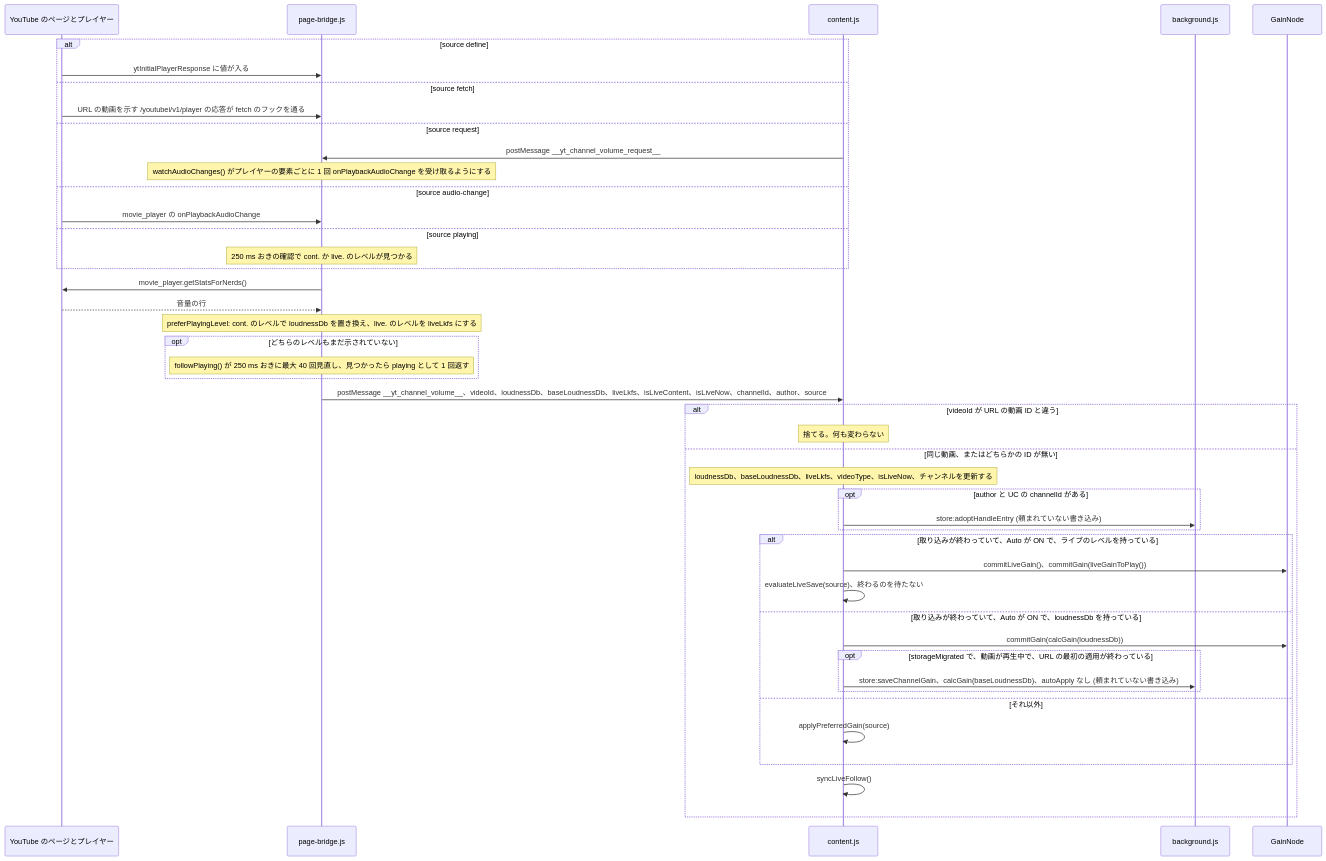
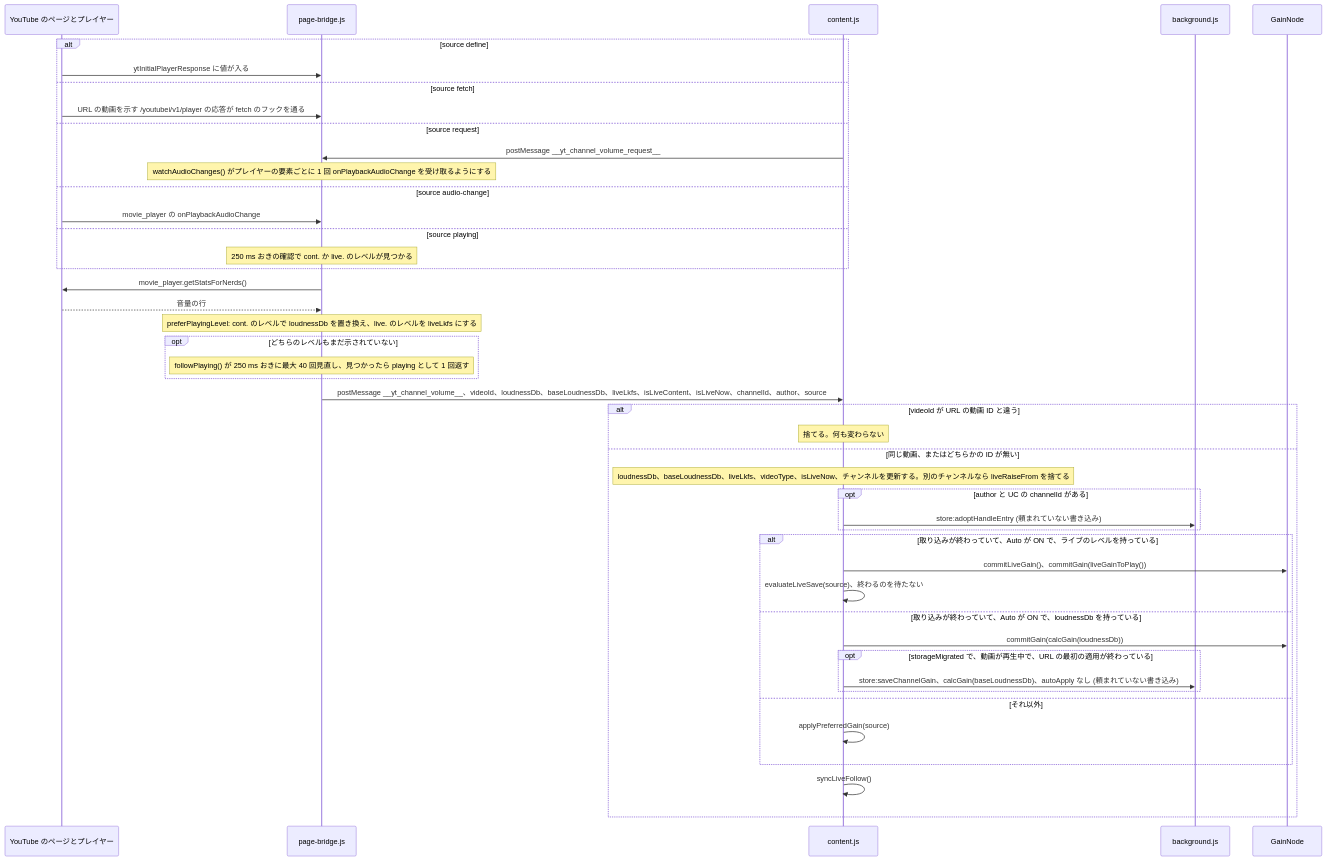
One commit to semnil/yt-channel-volume changed the eighth of 14 diagrams in docs/gain-change-and-save.ja.md. Above: the diagram before and after it, drawn with Mermaid. The commit also changed other lines of this file and 5 other files, not shown here.

````diff
--- a/docs/gain-change-and-save.ja.md
+++ b/docs/gain-change-and-save.ja.md
@@ -386,47 +386,47 @@
 ```mermaid
 sequenceDiagram
   participant Y as YouTube のページとプレイヤー
   participant B as page-bridge.js
   participant C as content.js
   participant W as background.js
   participant G as GainNode
   alt source define
     Y->>B: ytInitialPlayerResponse に値が入る
   else source fetch
     Y->>B: URL の動画を示す /youtubei/v1/player の応答が fetch のフックを通る
   else source request
     C->>B: postMessage __yt_channel_volume_request__
     Note over B: watchAudioChanges() がプレイヤーの要素ごとに 1 回 onPlaybackAudioChange を受け取るようにする
   else source audio-change
     Y->>B: movie_player の onPlaybackAudioChange
   else source playing
     Note over B: 250 ms おきの確認で cont. か live. のレベルが見つかる
   end
   B->>Y: movie_player.getStatsForNerds()
   Y-->>B: 音量の行
   Note over B: preferPlayingLevel: cont. のレベルで loudnessDb を置き換え、live. のレベルを liveLkfs にする
   opt どちらのレベルもまだ示されていない
     Note over B: followPlaying() が 250 ms おきに最大 40 回見直し、見つかったら playing として 1 回返す
   end
   B->>C: postMessage __yt_channel_volume__、videoId、loudnessDb、baseLoudnessDb、liveLkfs、isLiveContent、isLiveNow、channelId、author、source
   alt videoId が URL の動画 ID と違う
     Note over C: 捨てる。何も変わらない
   else 同じ動画、またはどちらかの ID が無い
-    Note over C: loudnessDb、baseLoudnessDb、liveLkfs、videoType、isLiveNow、チャンネルを更新する
+    Note over C: loudnessDb、baseLoudnessDb、liveLkfs、videoType、isLiveNow、チャンネルを更新する。別のチャンネルなら liveRaiseFrom を捨てる
     opt author と UC の channelId がある
       C->>W: store:adoptHandleEntry (頼まれていない書き込み)
     end
     alt 取り込みが終わっていて、Auto が ON で、ライブのレベルを持っている
       C->>G: commitLiveGain()、commitGain(liveGainToPlay())
       C->>C: evaluateLiveSave(source)、終わるのを待たない
     else 取り込みが終わっていて、Auto が ON で、loudnessDb を持っている
       C->>G: commitGain(calcGain(loudnessDb))
       opt storageMigrated で、動画が再生中で、URL の最初の適用が終わっている
         C->>W: store:saveChannelGain、calcGain(baseLoudnessDb)、autoApply なし (頼まれていない書き込み)
       end
     else それ以外
       C->>C: applyPreferredGain(source)
     end
     C->>C: syncLiveFollow()
   end
 ```
````
